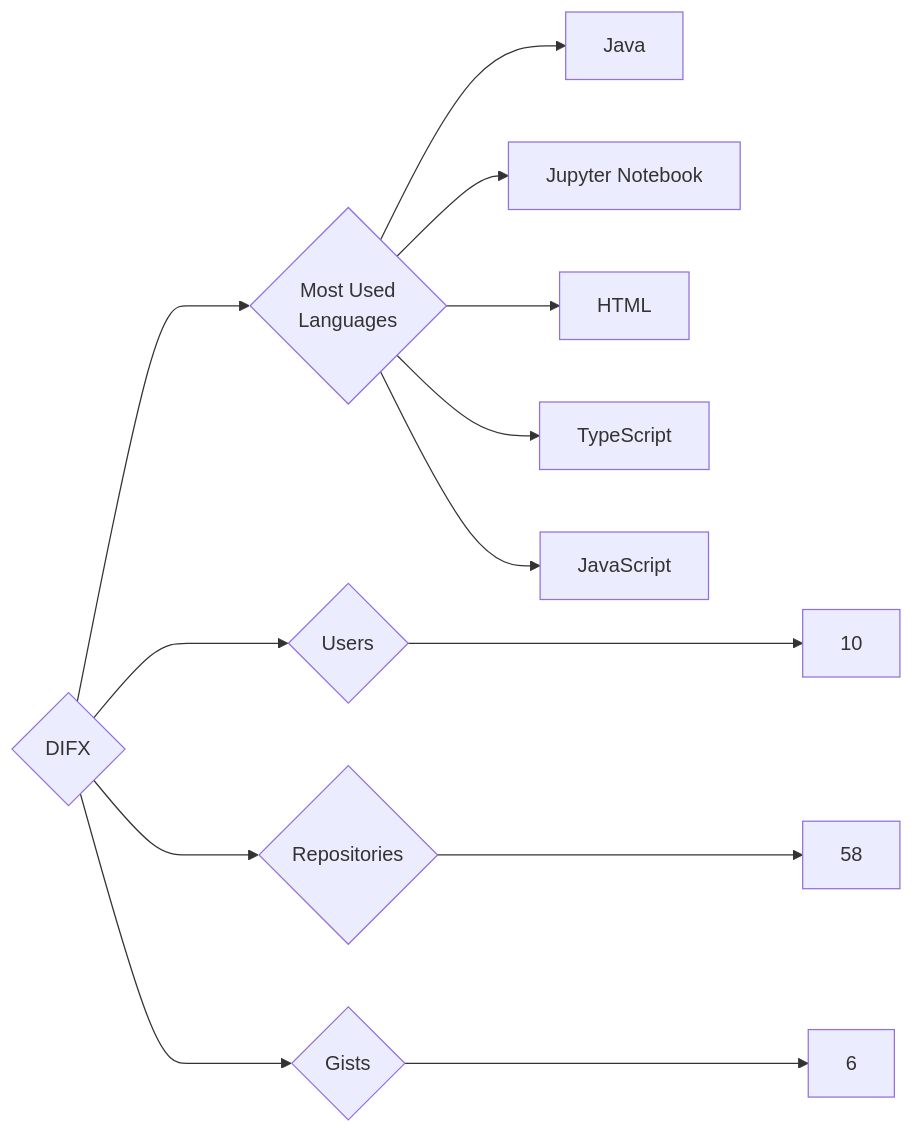
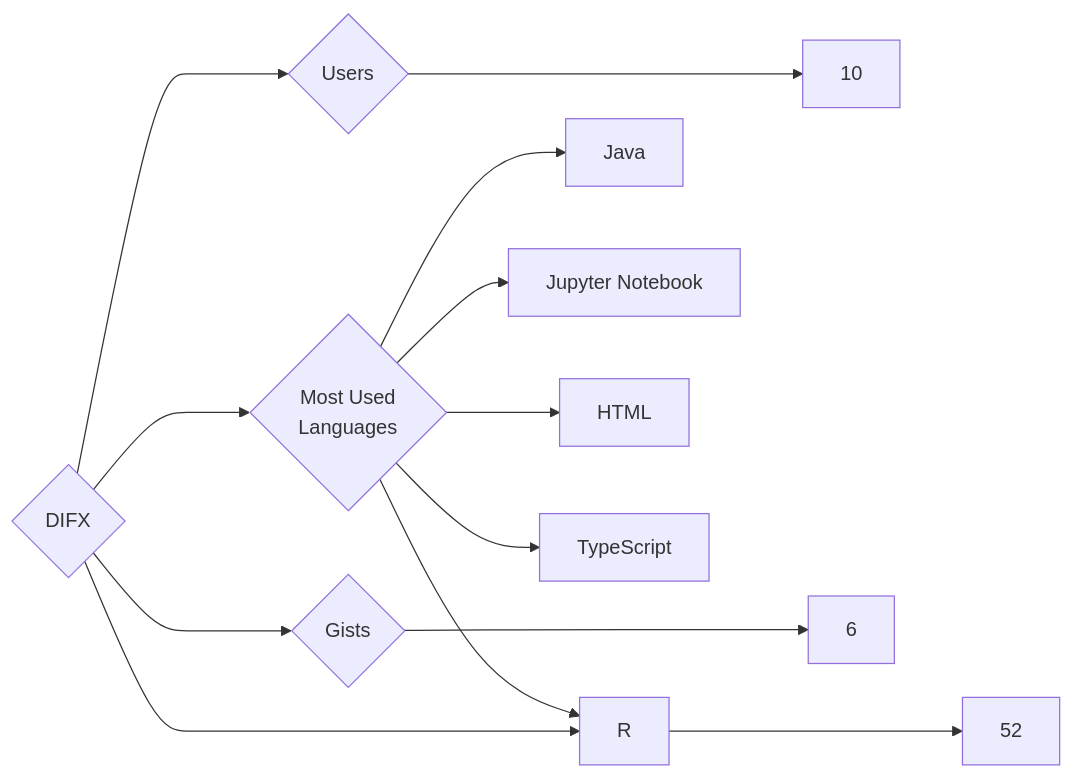
One commit to trickest/insiders changed the diagram in targets/DIFX/README.md. Above: the diagram before and after it, drawn with Mermaid. The commit also changed 1212 other files, not shown here.

````diff
--- a/targets/DIFX/README.md
+++ b/targets/DIFX/README.md
@@ -3,13 +3,13 @@
 ```mermaid
 graph LR
 COMPANY_NAME{DIFX}
 COMPANY_NAME ---> U{Users} ---> UN[10]
-COMPANY_NAME ---> R{Repositories} ---> RN[58]
+COMPANY_NAME ---> R{Repositories} ---> RN[52]
 COMPANY_NAME ---> G{Gists} ---> GN[6]
 COMPANY_NAME ---> ML{Most Used<br>Languages}
 ML --> Java[Java]
 ML --> Jupyter_Notebook[Jupyter Notebook]
 ML --> HTML[HTML]
 ML --> TypeScript[TypeScript]
-ML --> JavaScript[JavaScript]
+ML --> R[R]
 ```
````
